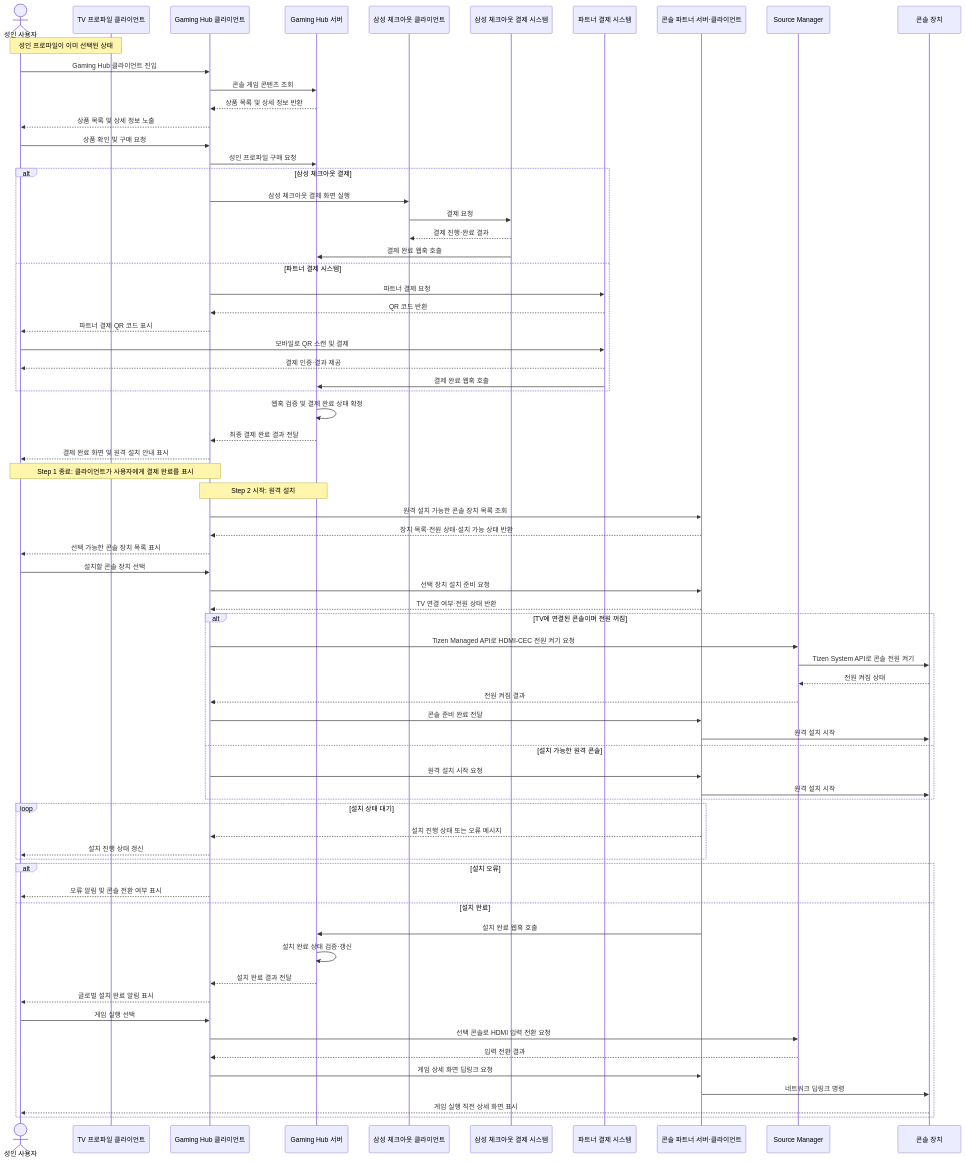
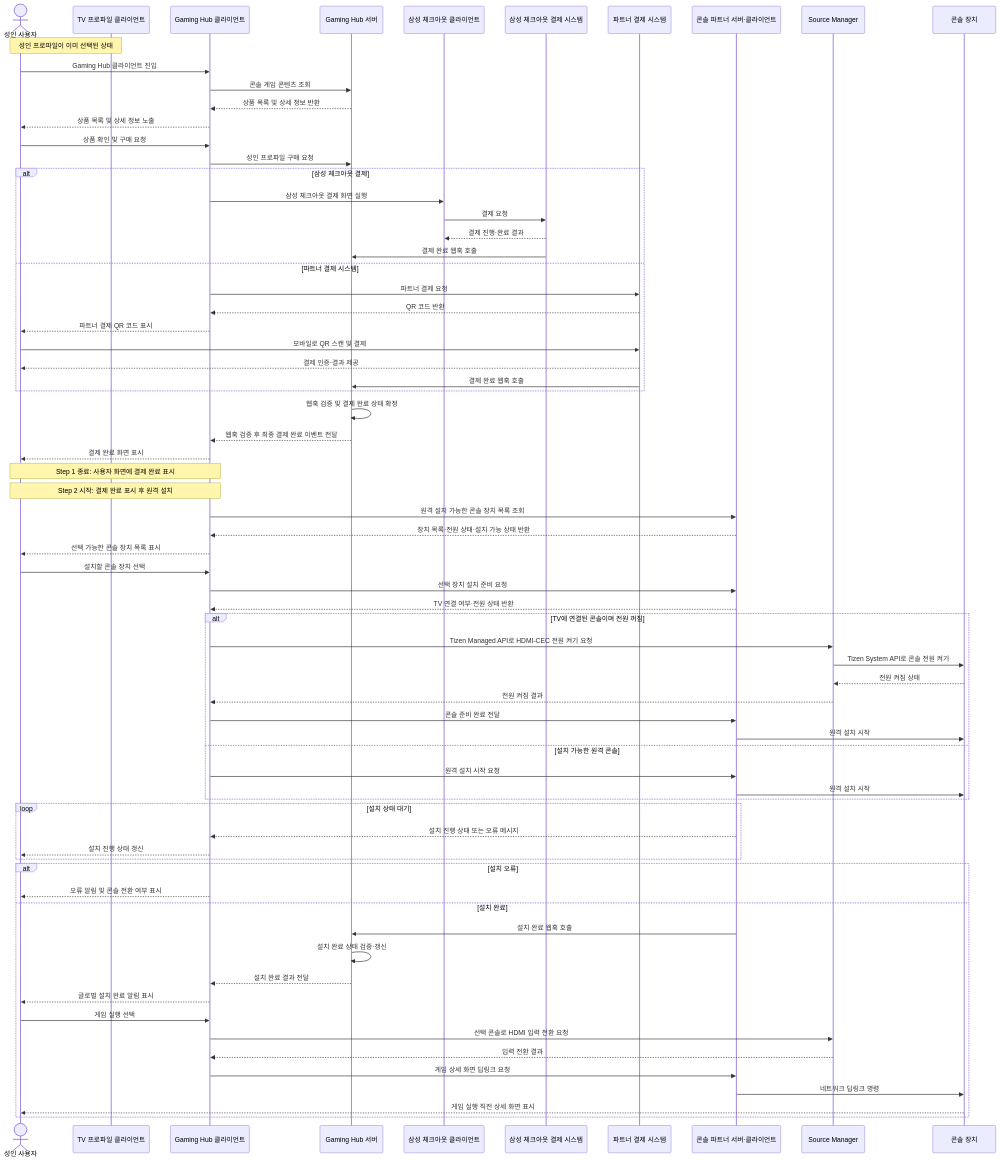
The second of 5 diagrams in docs/decision-point-2-architecture.md (seock04/gaming-hub-console-content), drawn with Mermaid before and after one commit. The commit also changed other lines of this file, not shown here.

````diff
--- a/docs/decision-point-2-architecture.md
+++ b/docs/decision-point-2-architecture.md
@@ -101,74 +105,74 @@
 ```mermaid
 sequenceDiagram
     actor User as 성인 사용자
     participant Profile as TV 프로파일 클라이언트
     participant HubClient as Gaming Hub 클라이언트
     participant Hub as Gaming Hub 서버
     participant CheckoutClient as 삼성 체크아웃 클라이언트
     participant CheckoutServer as 삼성 체크아웃 결제 시스템
     participant PartnerPay as 파트너 결제 시스템
     participant Partner as 콘솔 파트너 서버·클라이언트
     participant SourceManager as Source Manager
     participant Console as 콘솔 장치
 
     Note over User,Profile: 성인 프로파일이 이미 선택된 상태
     User->>HubClient: Gaming Hub 클라이언트 진입
     HubClient->>Hub: 콘솔 게임 콘텐츠 조회
     Hub-->>HubClient: 상품 목록 및 상세 정보 반환
     HubClient-->>User: 상품 목록 및 상세 정보 노출
     User->>HubClient: 상품 확인 및 구매 요청
     HubClient->>Hub: 성인 프로파일 구매 요청
     alt 삼성 체크아웃 결제
         HubClient->>CheckoutClient: 삼성 체크아웃 결제 화면 실행
         CheckoutClient->>CheckoutServer: 결제 요청
         CheckoutServer-->>CheckoutClient: 결제 진행·완료 결과
         CheckoutServer->>Hub: 결제 완료 웹훅 호출
     else 파트너 결제 시스템
         HubClient->>PartnerPay: 파트너 결제 요청
         PartnerPay-->>HubClient: QR 코드 반환
         HubClient-->>User: 파트너 결제 QR 코드 표시
         User->>PartnerPay: 모바일로 QR 스캔 및 결제
         PartnerPay-->>User: 결제 인증·결과 제공
         PartnerPay->>Hub: 결제 완료 웹훅 호출
     end
     Hub->>Hub: 웹훅 검증 및 결제 완료 상태 확정
-    Hub-->>HubClient: 최종 결제 완료 결과 전달
-    HubClient-->>User: 결제 완료 화면 및 원격 설치 안내 표시
-    Note over HubClient,User: Step 1 종료: 클라이언트가 사용자에게 결제 완료를 표시
-    Note over Hub,HubClient: Step 2 시작: 원격 설치
+    Hub-->>HubClient: 웹훅 검증 후 최종 결제 완료 이벤트 전달
+    HubClient-->>User: 결제 완료 화면 표시
+    Note over HubClient,User: Step 1 종료: 사용자 화면에 결제 완료 표시
+    Note over HubClient,User: Step 2 시작: 결제 완료 표시 후 원격 설치
     HubClient->>Partner: 원격 설치 가능한 콘솔 장치 목록 조회
     Partner-->>HubClient: 장치 목록·전원 상태·설치 가능 상태 반환
     HubClient-->>User: 선택 가능한 콘솔 장치 목록 표시
     User->>HubClient: 설치할 콘솔 장치 선택
     HubClient->>Partner: 선택 장치 설치 준비 요청
     Partner-->>HubClient: TV 연결 여부·전원 상태 반환
     alt TV에 연결된 콘솔이며 전원 꺼짐
         HubClient->>SourceManager: Tizen Managed API로 HDMI-CEC 전원 켜기 요청
         SourceManager->>Console: Tizen System API로 콘솔 전원 켜기
         Console-->>SourceManager: 전원 켜짐 상태
         SourceManager-->>HubClient: 전원 켜짐 결과
         HubClient->>Partner: 콘솔 준비 완료 전달
         Partner->>Console: 원격 설치 시작
     else 설치 가능한 원격 콘솔
         HubClient->>Partner: 원격 설치 시작 요청
         Partner->>Console: 원격 설치 시작
     end
     loop 설치 상태 대기
         Partner-->>HubClient: 설치 진행 상태 또는 오류 메시지
         HubClient-->>User: 설치 진행 상태 갱신
     end
     alt 설치 오류
         HubClient-->>User: 오류 알림 및 콘솔 전환 여부 표시
     else 설치 완료
         Partner->>Hub: 설치 완료 웹훅 호출
         Hub->>Hub: 설치 완료 상태 검증·갱신
         Hub-->>HubClient: 설치 완료 결과 전달
         HubClient-->>User: 글로벌 설치 완료 알림 표시
         User->>HubClient: 게임 실행 선택
         HubClient->>SourceManager: 선택 콘솔로 HDMI 입력 전환 요청
         SourceManager-->>HubClient: 입력 전환 결과
         HubClient->>Partner: 게임 상세 화면 딥링크 요청
         Partner->>Console: 네트워크 딥링크 명령
         Console-->>User: 게임 실행 직전 상세 화면 표시
     end
 ```
````
